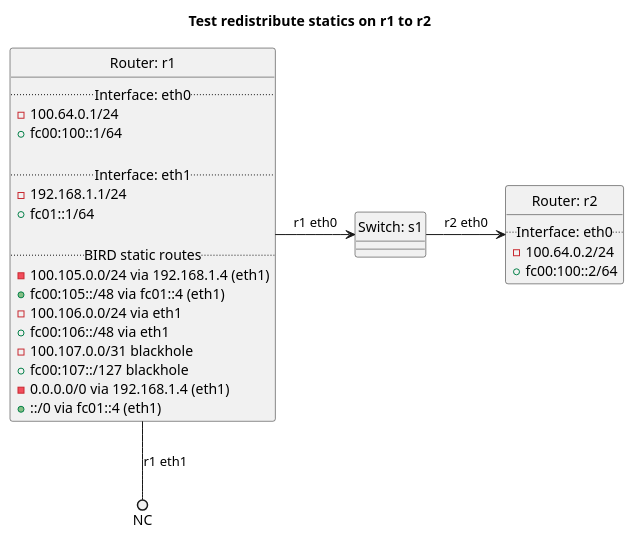
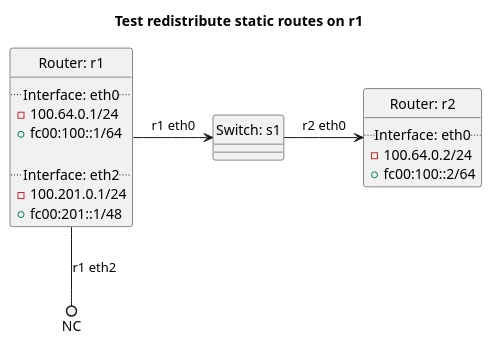
One commit to oscdev-io/birdplan changed the diagram in tests/t40_bgp/t36_redistribute_static/README.md. Above: the diagram before and after it, drawn with PlantUML. The commit also changed other lines of this file and 1499 other files, not shown here.

````diff
--- a/tests/t40_bgp/t36_redistribute_static/README.md
+++ b/tests/t40_bgp/t36_redistribute_static/README.md
@@ -37,44 +34,34 @@
 ```plantuml
 @startuml
 hide circle
-title Test redistribute statics on r1 to r2
+title Test redistribute static routes on r1
 
 
 class "Router: r1" {
   .. Interface: eth0 ..
 - 100.64.0.1/24
 + fc00:100::1/64
 
-  .. Interface: eth1 ..
-- 192.168.1.1/24
-+ fc01::1/64
-
-  .. BIRD static routes ..
-  - 100.105.0.0/24 via 192.168.1.4 (eth1)
-  + fc00:105::/48 via fc01::4 (eth1)
-  - 100.106.0.0/24 via eth1
-  + fc00:106::/48 via eth1
-  - 100.107.0.0/31 blackhole
-  + fc00:107::/127 blackhole
-  - 0.0.0.0/0 via 192.168.1.4 (eth1)
-  + ::/0 via fc01::4 (eth1)
+  .. Interface: eth2 ..
+- 100.201.0.1/24
++ fc00:201::1/48
 }
 
 
 class "Router: r2" {
   .. Interface: eth0 ..
 - 100.64.0.2/24
 + fc00:100::2/64
 }
 
 
 class "Switch: s1" {}
 
 
 "Router: r1" -> "Switch: s1": r1 eth0
 "Switch: s1" -> "Router: r2": r2 eth0
-"Router: r1" --() NC: r1 eth1
+"Router: r1" --() NC: r1 eth2
 
 
 @enduml
 ```
````
